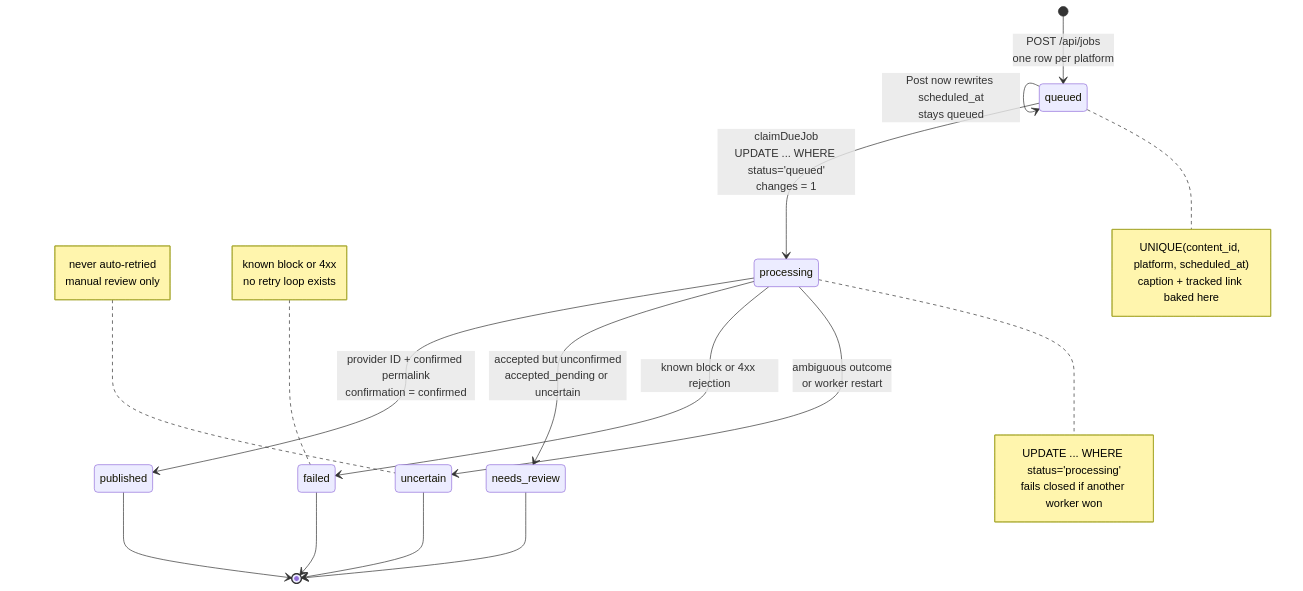
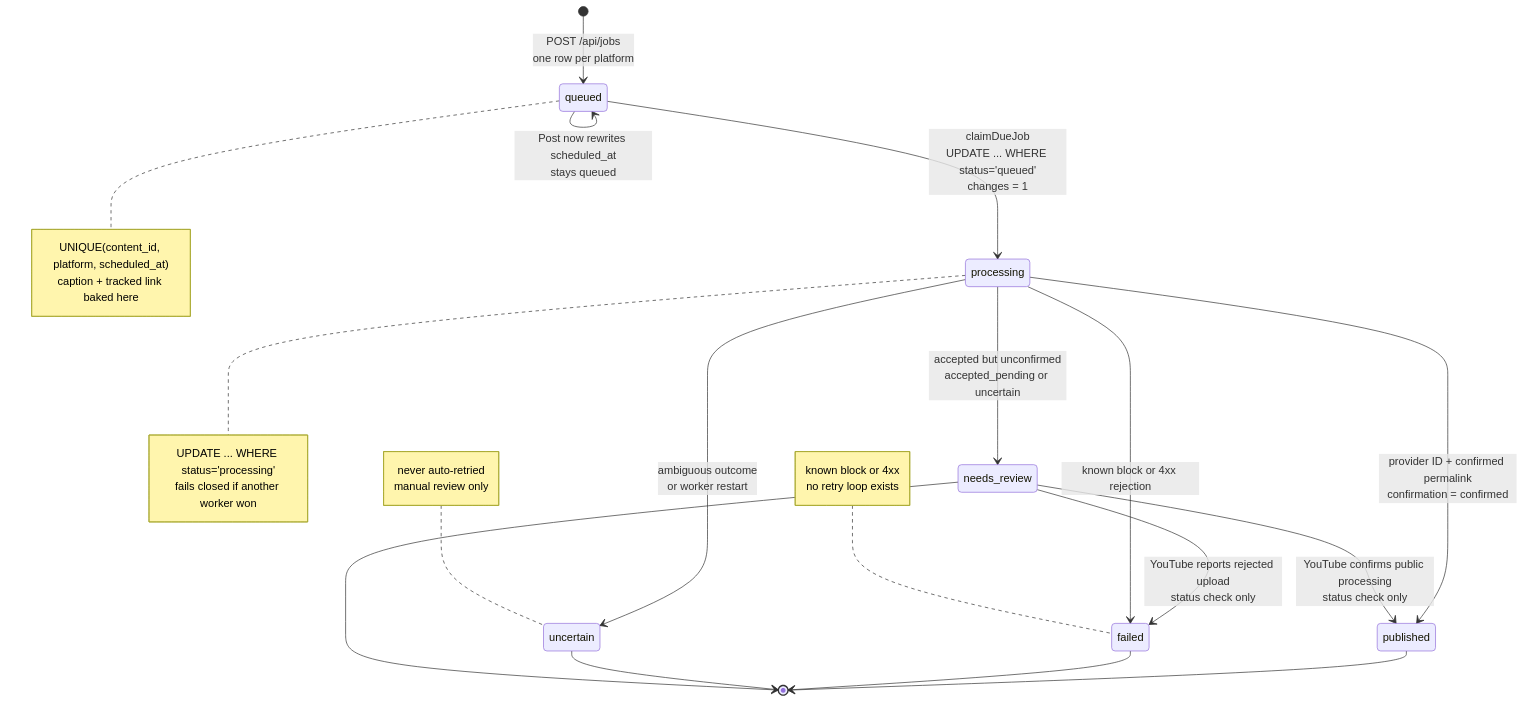
Before and after one commit to baronocasiones/wework-hackathon: the fourth of 8 diagrams in docs/architecture.md, drawn with Mermaid. The commit also changed other lines of this file and 52 other files, not shown here.

````diff
--- a/docs/architecture.md
+++ b/docs/architecture.md
@@ -165,30 +165,32 @@
 ```mermaid
 stateDiagram-v2
     [*] --> queued: POST /api/jobs<br/>one row per platform
     queued --> queued: Post now rewrites scheduled_at<br/>stays queued
     queued --> processing: claimDueJob<br/>UPDATE ... WHERE status='queued'<br/>changes = 1
     processing --> published: provider ID + confirmed permalink<br/>confirmation = confirmed
     processing --> needs_review: accepted but unconfirmed<br/>accepted_pending or uncertain
+    needs_review --> published: YouTube confirms public processing<br/>status check only
+    needs_review --> failed: YouTube reports rejected upload<br/>status check only
     processing --> failed: known block or 4xx rejection
     processing --> uncertain: ambiguous outcome<br/>or worker restart
     published --> [*]
     failed --> [*]
     uncertain --> [*]
     needs_review --> [*]
     note right of queued
         UNIQUE(content_id, platform, scheduled_at)
         caption + tracked link baked here
     end note
     note right of processing
         UPDATE ... WHERE status='processing'
         fails closed if another worker won
     end note
     note left of uncertain
         never auto-retried
         manual review only
     end note
     note left of failed
         known block or 4xx
         no retry loop exists
     end note
 ```
````
